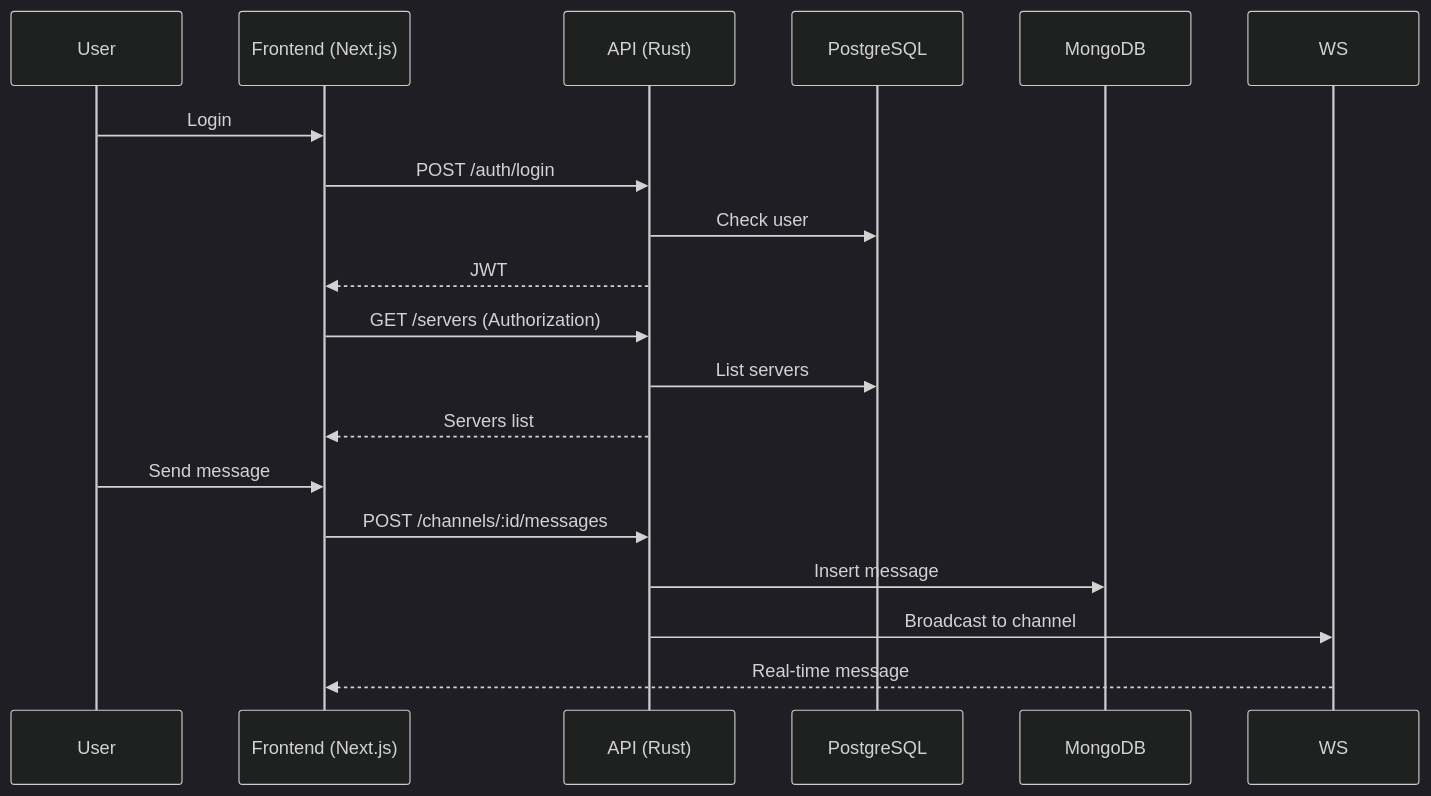
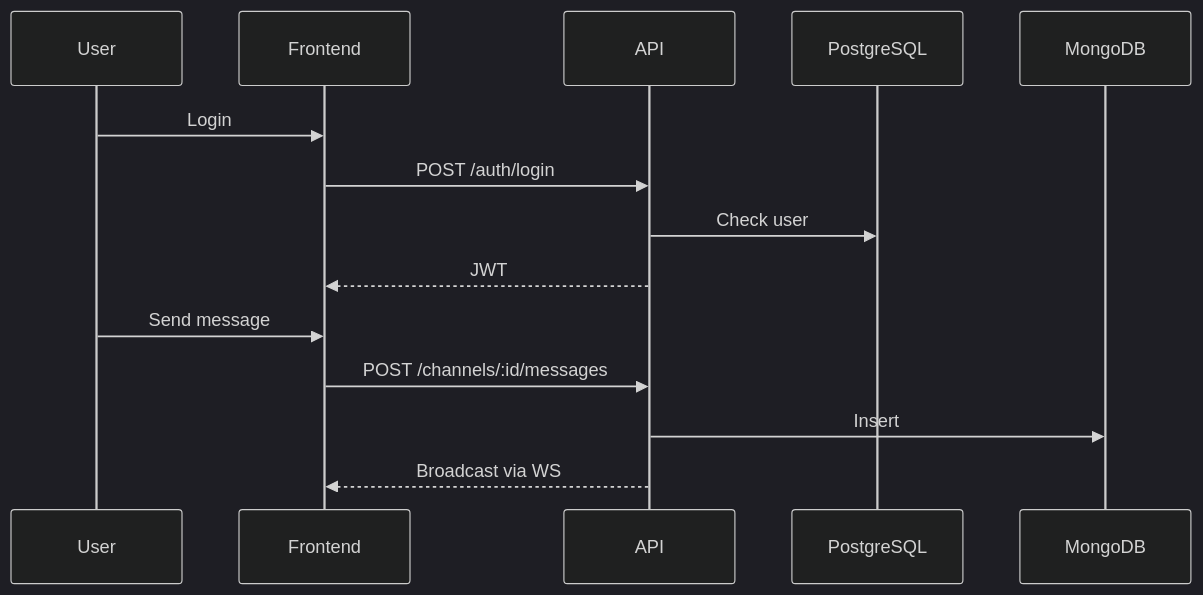
One commit to RomeoCavazza/piscine-epitech changed the second of 4 diagrams in seminar-rust/Days_71_95/solutions_days71_95/hello-world/README.md. Above: the diagram before and after it, drawn with Mermaid (dark theme). The commit also changed other lines of this file and 7 other files, not shown here.

Commit message:
fix(hello-world): routes /servers sous nest, frontend 3002, message erreur API

````diff
--- a/seminar-rust/Days_71_95/solutions_days71_95/hello-world/README.md
+++ b/seminar-rust/Days_71_95/solutions_days71_95/hello-world/README.md
@@ -56,21 +98,16 @@
 ```mermaid
 sequenceDiagram
     participant U as User
-    participant F as Frontend (Next.js)
-    participant A as API (Rust)
+    participant F as Frontend
+    participant A as API
     participant P as PostgreSQL
     participant M as MongoDB
-
     U->>F: Login
     F->>A: POST /auth/login
     A->>P: Check user
     A-->>F: JWT
-    F->>A: GET /servers (Authorization)
-    A->>P: List servers
-    A-->>F: Servers list
     U->>F: Send message
     F->>A: POST /channels/:id/messages
-    A->>M: Insert message
-    A->>WS: Broadcast to channel
-    WS-->>F: Real-time message
+    A->>M: Insert
+    A-->>F: Broadcast via WS
 ```
````
